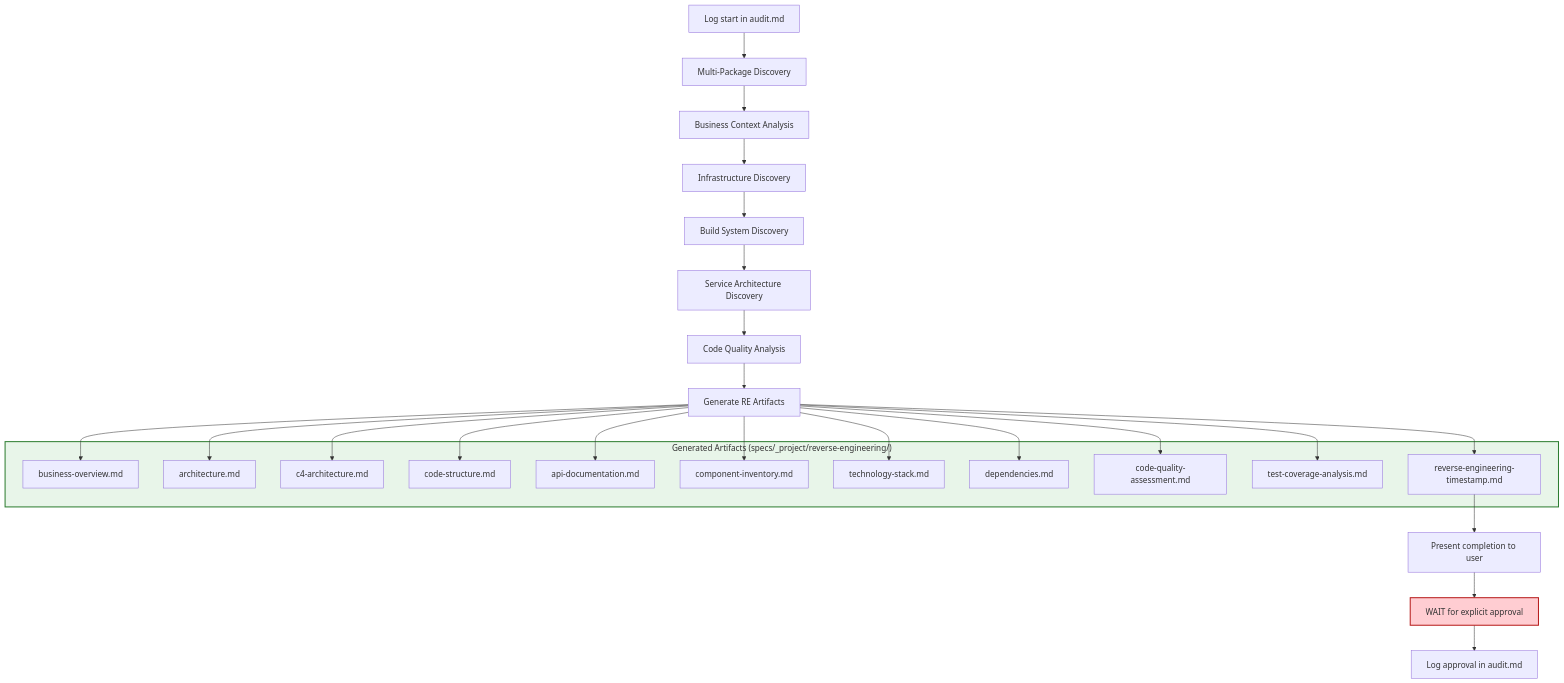
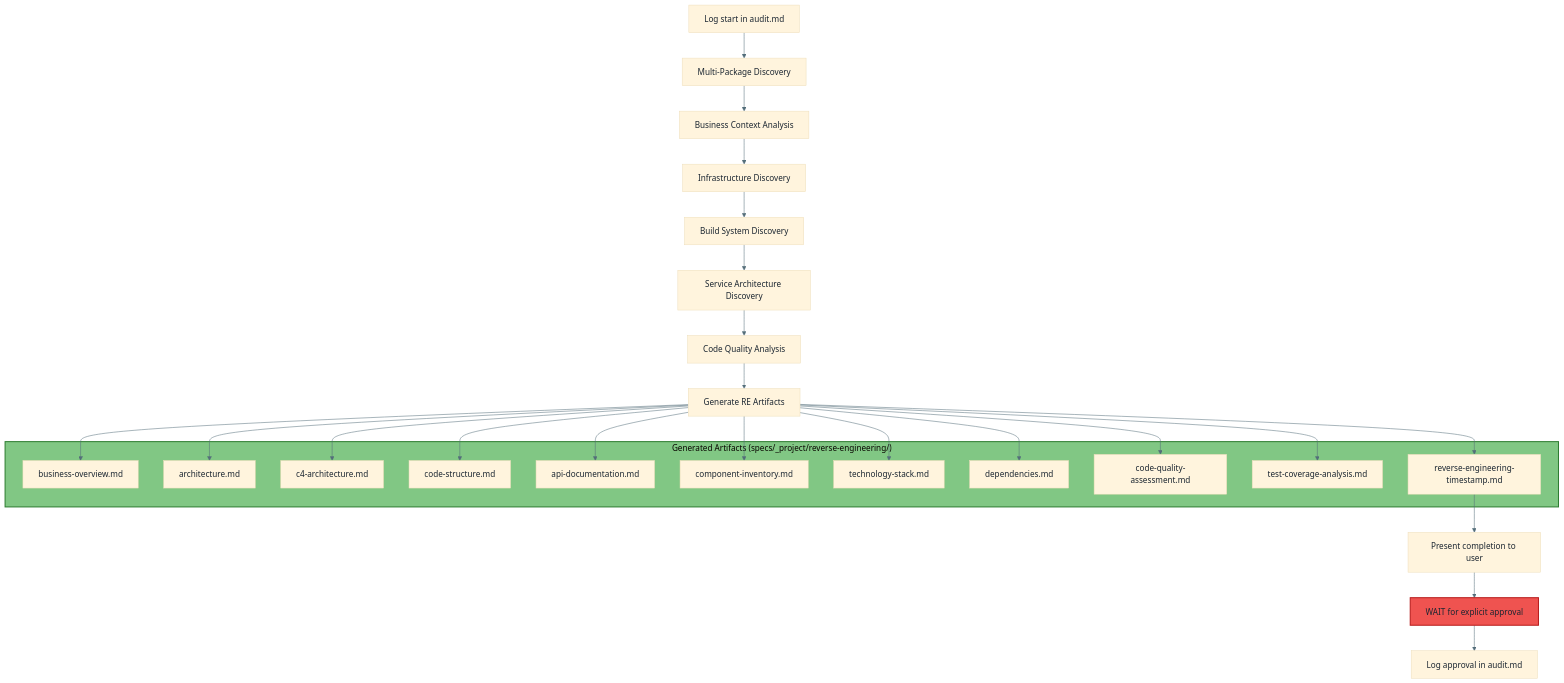
One commit to premkumarjanagarajan/fluid-flow-ai changed the seventh of 26 diagrams in docs/WORKFLOW-FULL-DETAILED.md. Above: the diagram before and after it, drawn with Mermaid. The commit also changed other lines of this file, not shown here.

First line of the commit message:
Fix mermaid diagram colors for dark/light theme compatibility

````diff
--- a/docs/WORKFLOW-FULL-DETAILED.md
+++ b/docs/WORKFLOW-FULL-DETAILED.md
@@ -322,43 +338,44 @@
 ```mermaid
+%%{init: {'theme': 'base', 'themeVariables': {'primaryTextColor': '#1B2631', 'lineColor': '#546E7A', 'textColor': '#1B2631'}}}%%
 flowchart TD
     A["Log start in audit.md"] --> B["Multi-Package Discovery"]
     B --> C["Business Context Analysis"]
     C --> D["Infrastructure Discovery"]
     D --> E["Build System Discovery"]
     E --> F["Service Architecture Discovery"]
     F --> G["Code Quality Analysis"]
     G --> H["Generate RE Artifacts"]
 
     subgraph ARTIFACTS["Generated Artifacts (specs/_project/reverse-engineering/)"]
         H1["business-overview.md"]
         H2["architecture.md"]
         H3["c4-architecture.md"]
         H4["code-structure.md"]
         H5["api-documentation.md"]
         H6["component-inventory.md"]
         H7["technology-stack.md"]
         H8["dependencies.md"]
         H9["code-quality-assessment.md"]
         H10["test-coverage-analysis.md"]
         H11["reverse-engineering-timestamp.md"]
     end
 
     H --> H1
     H --> H2
     H --> H3
     H --> H4
     H --> H5
     H --> H6
     H --> H7
     H --> H8
     H --> H9
     H --> H10
     H --> H11
 
     H11 --> I["Present completion to user"]
     I --> J["WAIT for explicit approval"]
     J --> K["Log approval in audit.md"]
 
-    style ARTIFACTS fill:#E8F5E9,stroke:#2E7D32,stroke-width:2px
-    style J fill:#FFCDD2,stroke:#B71C1C,stroke-width:2px
+    style ARTIFACTS fill:#81C784,stroke:#2E7D32,stroke-width:2px
+    style J fill:#EF5350,stroke:#B71C1C,stroke-width:2px
 ```
````
